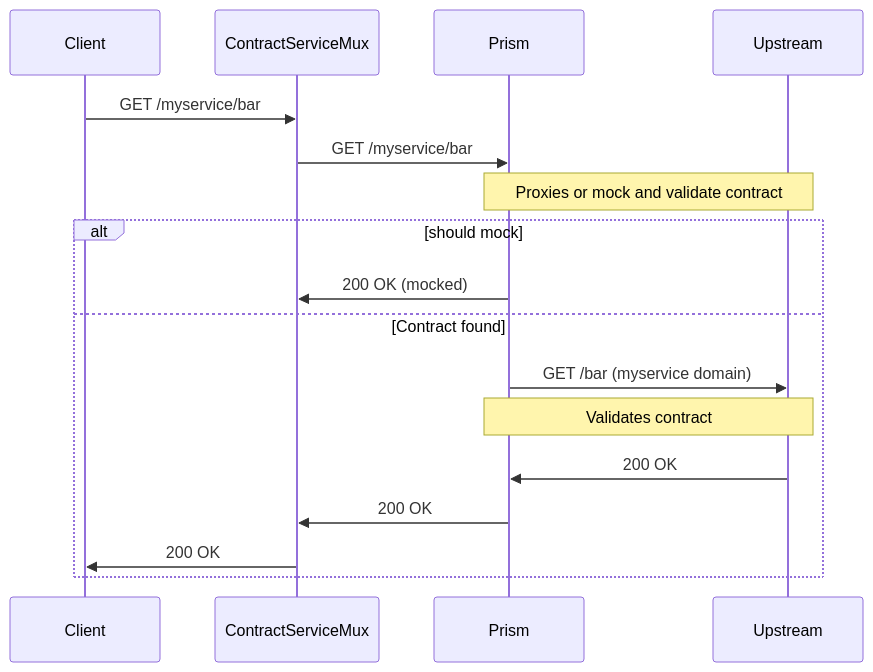
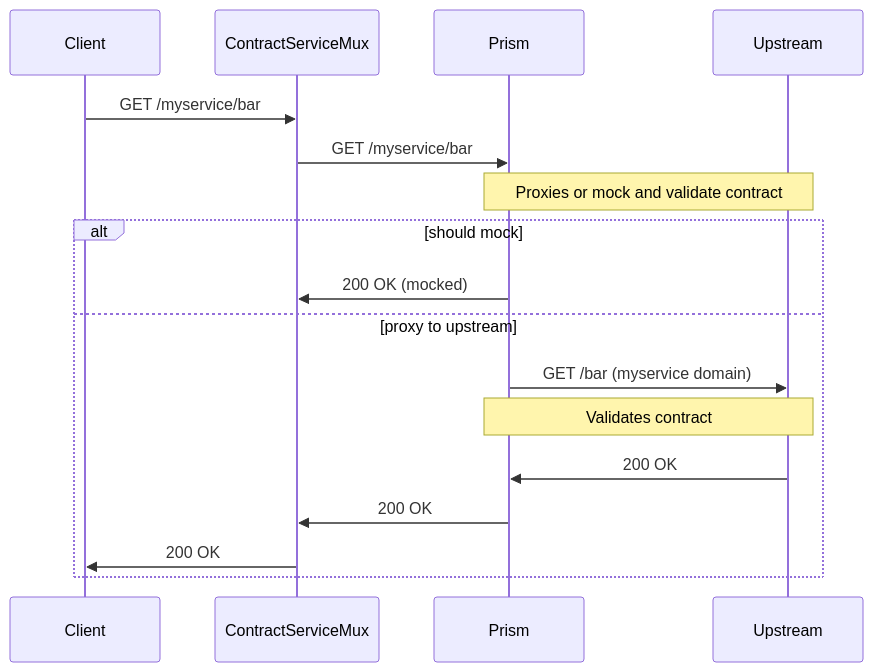
One commit to cristianoliveira/contract-testing-mux changed the diagram in README.md. Above: the diagram before and after it, drawn with Mermaid.

````diff
--- a/README.md
+++ b/README.md
@@ -74,20 +74,20 @@
 ```mermaid
 sequenceDiagram
     participant Client
     participant ContractServiceMux
     participant Prism
     participant Upstream
 
     Client->>ContractServiceMux: GET /myservice/bar
     ContractServiceMux->>Prism: GET /myservice/bar
     Note over Prism, Upstream: Proxies or mock and validate contract
     alt should mock
         Prism->>ContractServiceMux: 200 OK (mocked)
-    else Contract found
+    else proxy to upstream
         Prism->>Upstream: GET /bar (myservice domain)
         Note over Upstream, Prism: Validates contract
         Upstream->>Prism: 200 OK
         Prism->>ContractServiceMux: 200 OK
         ContractServiceMux->>Client: 200 OK
     end
 ```
````
